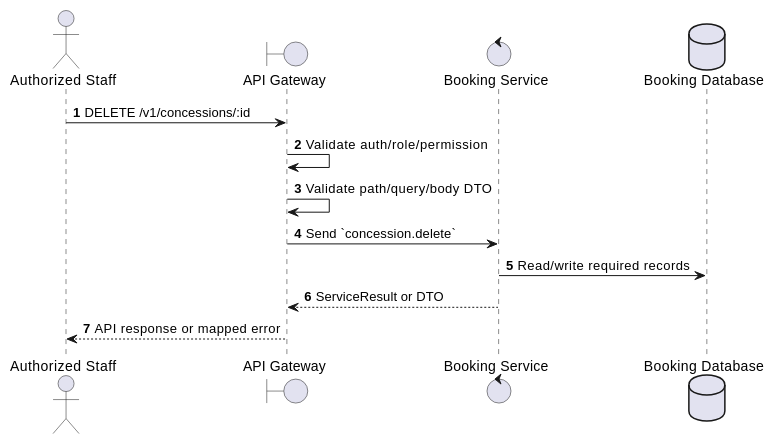
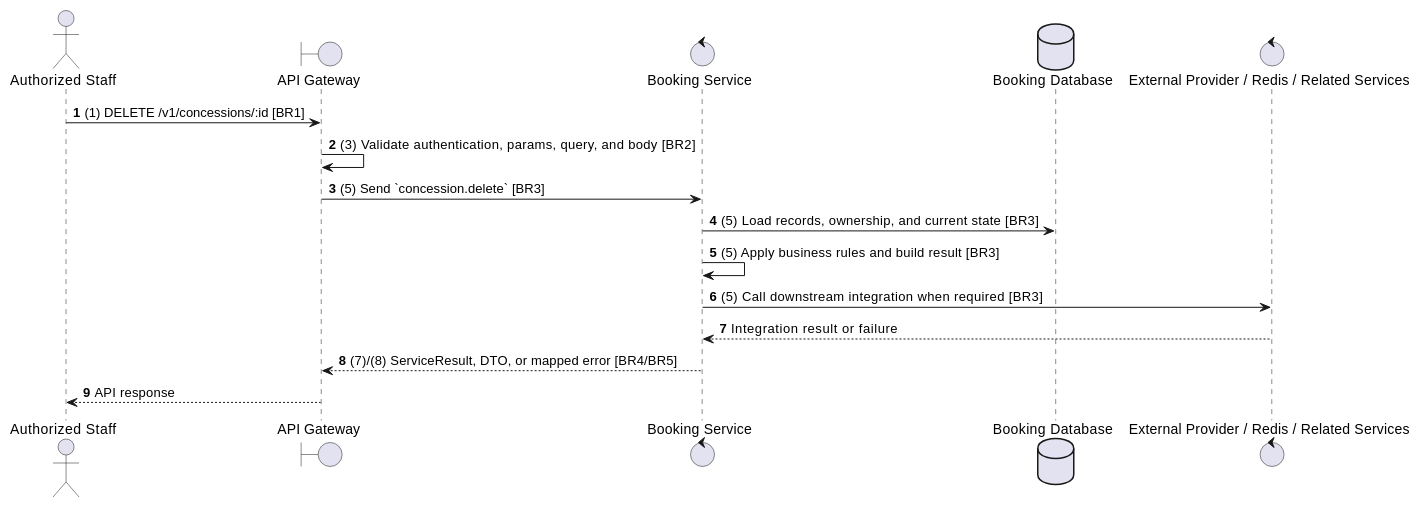
Before and after one commit to Tanh1603/movie-hub-architecture: the second of 2 diagrams in docs/functional_specs/3.9_Concessions_FB_Module/CS-05_Delete_Concession.md, drawn with PlantUML. The commit also changed other lines of this file and 129 other files, not shown here.

````diff
--- a/docs/functional_specs/3.9_Concessions_FB_Module/CS-05_Delete_Concession.md
+++ b/docs/functional_specs/3.9_Concessions_FB_Module/CS-05_Delete_Concession.md
@@ -17,17 +64,20 @@
 ```plantuml
 @startuml
 autonumber
 actor "Authorized Staff" as Actor
 boundary "API Gateway" as GW
 control "Booking Service" as SVC
 database "Booking Database" as DB
+control "External Provider / Redis / Related Services" as EXT
 
-Actor -> GW: DELETE /v1/concessions/:id
-GW -> GW: Validate auth/role/permission
-GW -> GW: Validate path/query/body DTO
-GW -> SVC: Send `concession.delete`
-SVC -> DB: Read/write required records
-SVC --> GW: ServiceResult or DTO
-GW --> Actor: API response or mapped error
+Actor -> GW: (1) DELETE /v1/concessions/:id [BR1]
+GW -> GW: (3) Validate authentication, params, query, and body [BR2]
+GW -> SVC: (5) Send `concession.delete` [BR3]
+SVC -> DB: (5) Load records, ownership, and current state [BR3]
+SVC -> SVC: (5) Apply business rules and build result [BR3]
+SVC -> EXT: (5) Call downstream integration when required [BR3]
+EXT --> SVC: Integration result or failure
+SVC --> GW: (7)/(8) ServiceResult, DTO, or mapped error [BR4/BR5]
+GW --> Actor: API response
 @enduml
 ```
````
